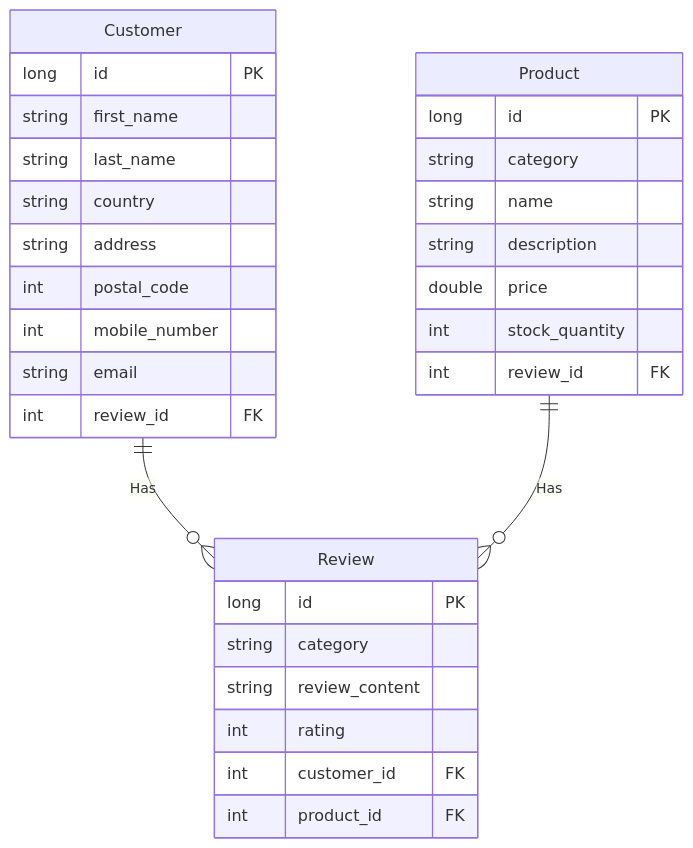
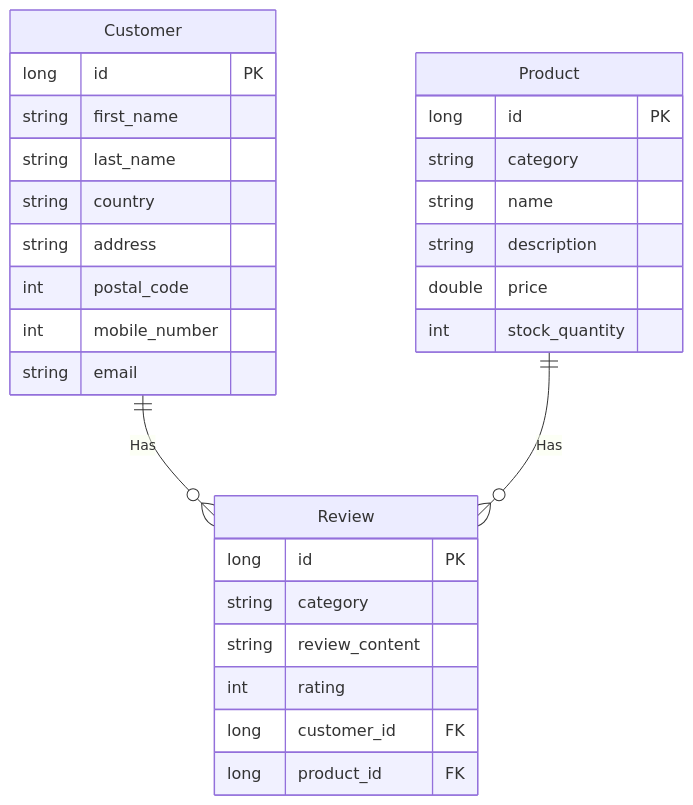
The diagram in Documentation/Diagrams/Entity Relationship Diagram.md (kiblykat/TheReviewRoom), drawn with Mermaid before and after one commit.

Commit message:
Update Entity Relationship Diagram.md
Fixed incorrect foreign keys. Changed data types.

````diff
--- a/Documentation/Diagrams/Entity Relationship Diagram.md
+++ b/Documentation/Diagrams/Entity Relationship Diagram.md
@@ -1,36 +1,34 @@
 ```mermaid
 erDiagram
     Customer {
         long id PK
         string first_name
         string last_name
         string country
         string address
         int postal_code
         int mobile_number
         string email
-        int review_id FK
     }
 
     Review {
         long id PK
         string category
         string review_content
         int rating
-        int customer_id FK
-        int product_id FK
+        long customer_id FK
+        long product_id FK
     }
 
     Product {
         long id PK
         string category
         string name
         string description
         double price
         int stock_quantity
-        int review_id FK
     }
 
     Customer ||--O{ Review : "Has"
     Product ||--O{ Review : "Has"
 ```
````
